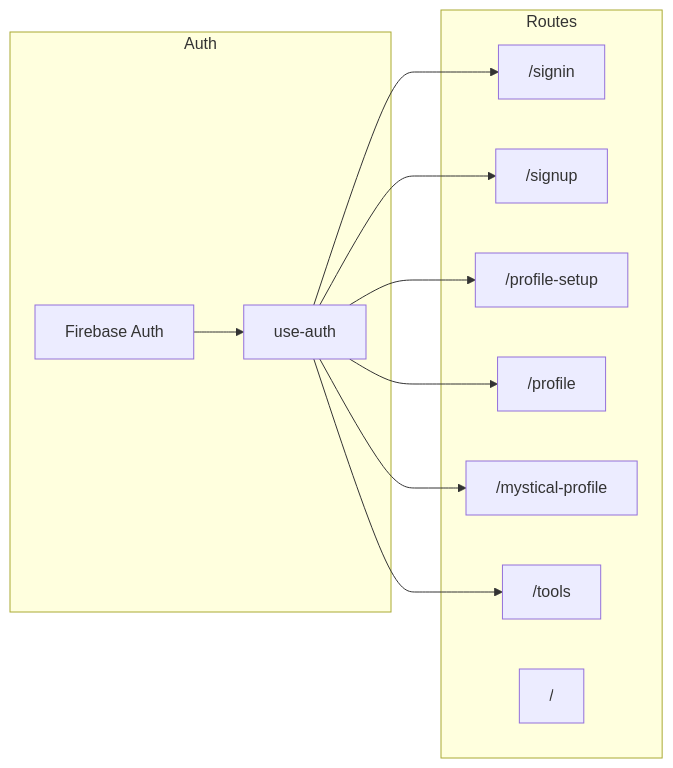
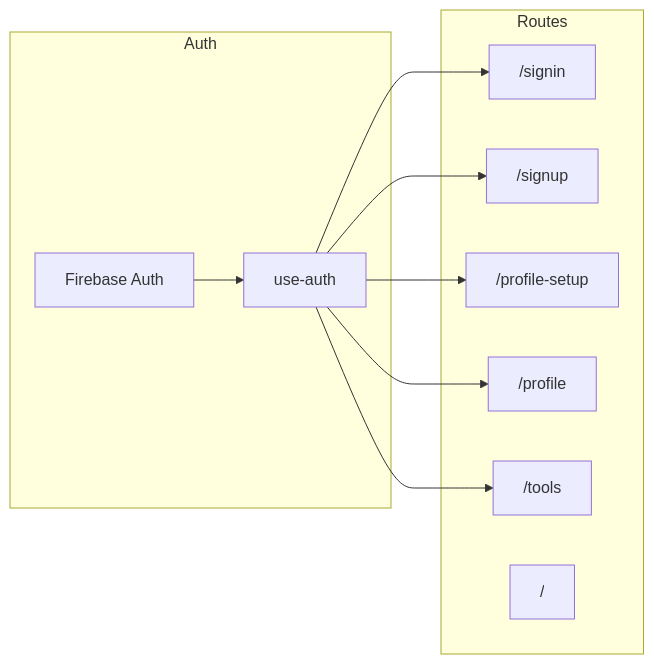
One commit to AndyOliverR/FutureSeer changed the diagram in docs/AUTH_AND_ROUTING_SUMMARY.md. Above: the diagram before and after it, drawn with Mermaid. The commit also changed other lines of this file and 189 other files, not shown here.

````diff
--- a/docs/AUTH_AND_ROUTING_SUMMARY.md
+++ b/docs/AUTH_AND_ROUTING_SUMMARY.md
@@ -12,23 +12,21 @@
 ```mermaid
 flowchart LR
   subgraph auth [Auth]
     Firebase[Firebase Auth]
     AuthProvider[use-auth]
     Firebase --> AuthProvider
   end
   subgraph routes [Routes]
     SignIn["/signin"]
     SignUp["/signup"]
     ProfileSetup["/profile-setup"]
     Profile["/profile"]
-    MysticalProfile["/mystical-profile"]
     Tools["/tools"]
     Home["/"]
   end
   AuthProvider --> SignIn
   AuthProvider --> SignUp
   AuthProvider --> ProfileSetup
   AuthProvider --> Profile
-  AuthProvider --> MysticalProfile
   AuthProvider --> Tools
 ```
````
